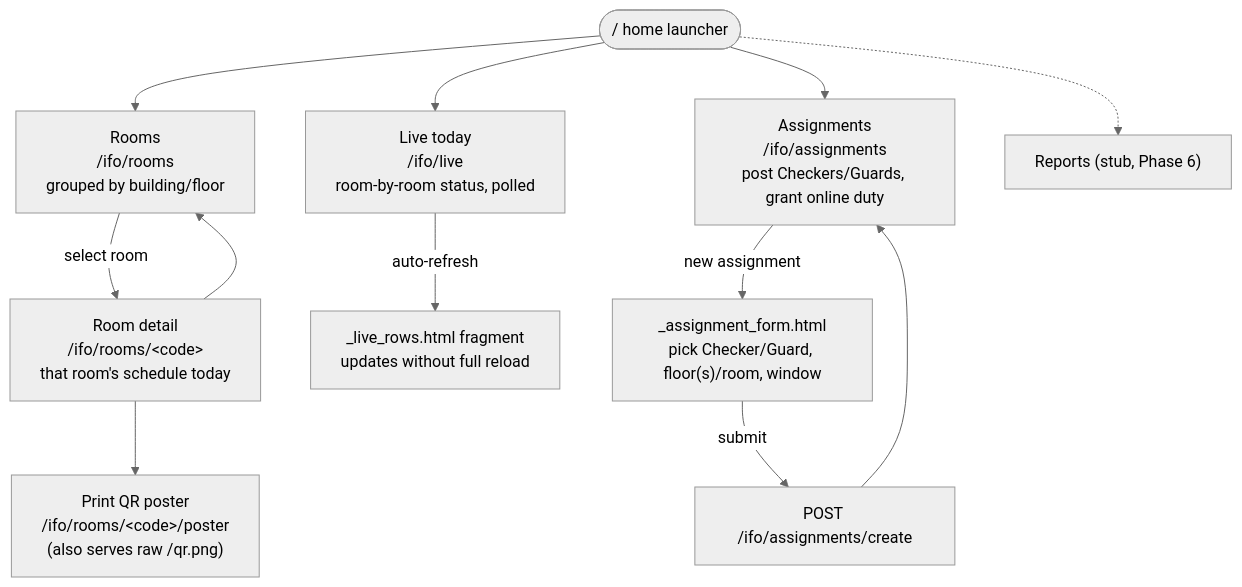
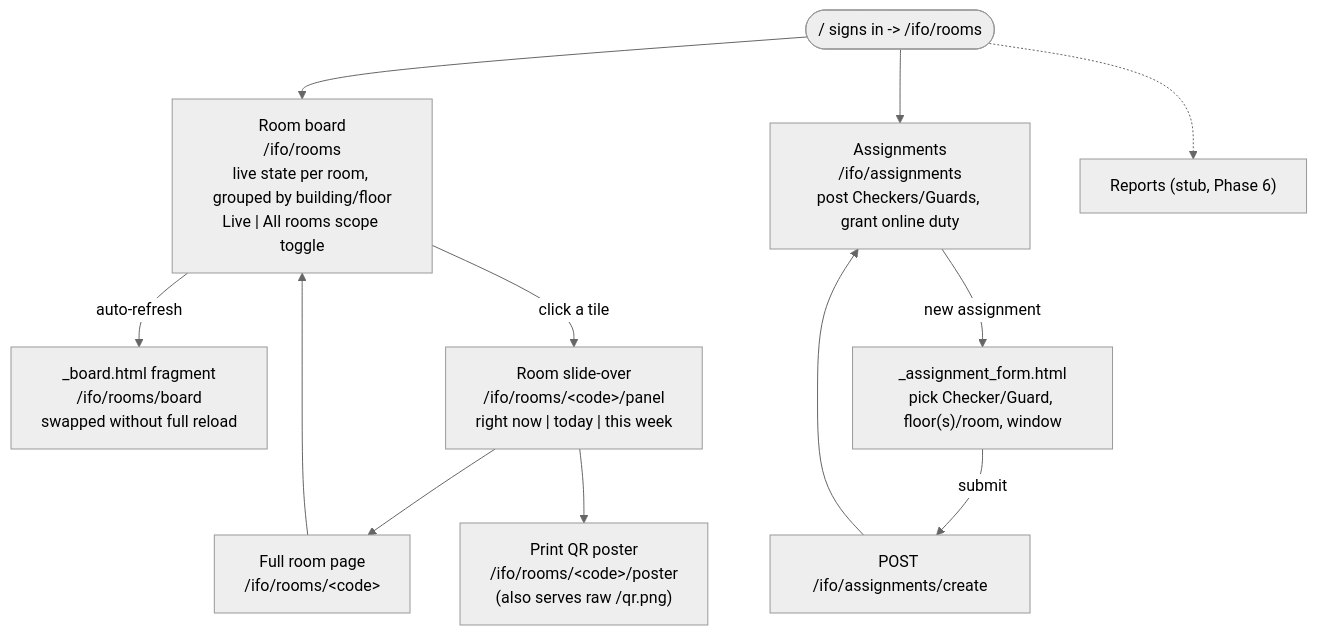
One commit to Shion-main/fluxtrack-main changed the fifth of 8 diagrams in docs/USER_FLOWS.md. Above: the diagram before and after it, drawn with Mermaid (neutral theme). The commit also changed other lines of this file and 16 other files, not shown here.

````diff
--- a/docs/USER_FLOWS.md
+++ b/docs/USER_FLOWS.md
@@ -141,17 +141,16 @@
 ```mermaid
 flowchart TD
-    Home(["/ home launcher"]) --> Rooms["Rooms<br/>/ifo/rooms<br/>grouped by building/floor"]
-    Home --> Live["Live today<br/>/ifo/live<br/>room-by-room status, polled"]
+    Home(["/ signs in -> /ifo/rooms"]) --> Rooms["Room board<br/>/ifo/rooms<br/>live state per room, grouped by building/floor<br/>Live | All rooms scope toggle"]
     Home --> Assign["Assignments<br/>/ifo/assignments<br/>post Checkers/Guards, grant online duty"]
     Home -.-> Reports["Reports (stub, Phase 6)"]
 
-    Rooms -->|select room| Detail["Room detail<br/>/ifo/rooms/&lt;code&gt;<br/>that room's schedule today"]
-    Detail --> Poster["Print QR poster<br/>/ifo/rooms/&lt;code&gt;/poster<br/>(also serves raw /qr.png)"]
+    Rooms -->|auto-refresh| Board["_board.html fragment<br/>/ifo/rooms/board<br/>swapped without full reload"]
+    Rooms -->|click a tile| Panel["Room slide-over<br/>/ifo/rooms/&lt;code&gt;/panel<br/>right now | today | this week"]
+    Panel --> Detail["Full room page<br/>/ifo/rooms/&lt;code&gt;"]
+    Panel --> Poster["Print QR poster<br/>/ifo/rooms/&lt;code&gt;/poster<br/>(also serves raw /qr.png)"]
     Detail --> Rooms
-
-    Live -->|auto-refresh| LiveRows["_live_rows.html fragment<br/>updates without full reload"]
 
     Assign -->|new assignment| Form["_assignment_form.html<br/>pick Checker/Guard, floor(s)/room, window"]
     Form -->|submit| AssignPost["POST /ifo/assignments/create"]
     AssignPost --> Assign
 ```
````
